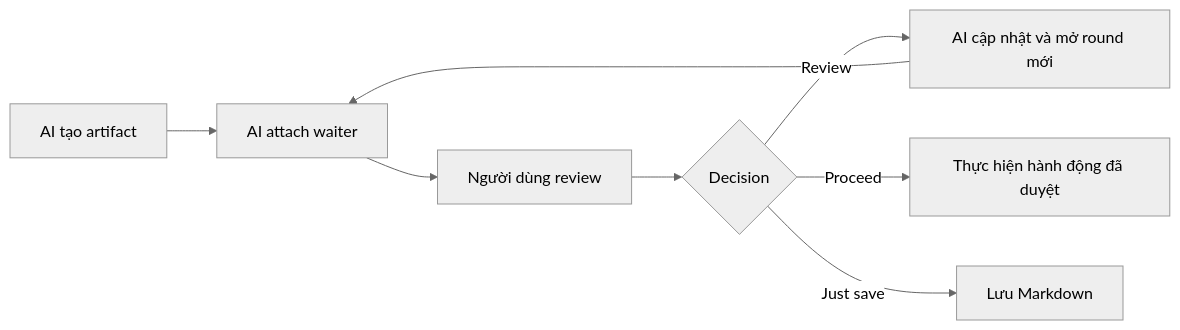
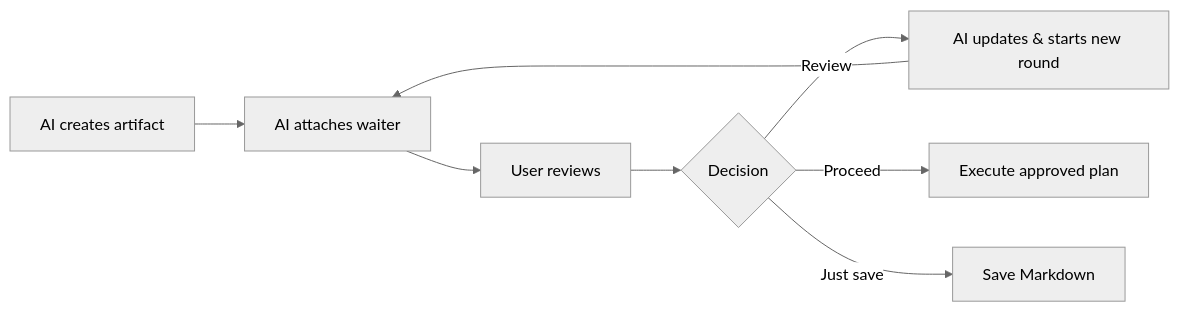
The diagram in docs/PHILOSOPHY.md (huynguyen294/vscode-codex-artifacts), drawn with Mermaid (neutral theme) before and after one commit. The commit also changed other lines of this file and 28 other files, not shown here.

````diff
--- a/docs/PHILOSOPHY.md
+++ b/docs/PHILOSOPHY.md
@@ -19,10 +19,10 @@
 ```mermaid
 flowchart LR
-    A[AI tạo artifact] --> B[AI attach waiter]
-    B --> C[Người dùng review]
+    A[AI creates artifact] --> B[AI attaches waiter]
+    B --> C[User reviews]
     C --> D{Decision}
-    D -->|Review| E[AI cập nhật và mở round mới]
+    D -->|Review| E[AI updates & starts new round]
     E --> B
-    D -->|Proceed| F[Thực hiện hành động đã duyệt]
-    D -->|Just save| G[Lưu Markdown]
+    D -->|Proceed| F[Execute approved plan]
+    D -->|Just save| G[Save Markdown]
 ```
````
